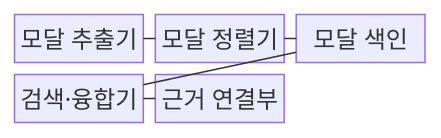
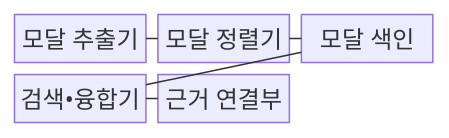
The first of 2 diagrams in src/content/docs/notes/08-latest-tech/092_multimodal_rag.md (agnusdei1207/knowledge-base), drawn with Mermaid before and after one commit. The commit also changed other lines of this file and 953 other files, not shown here.

````diff
--- a/src/content/docs/notes/08-latest-tech/092_multimodal_rag.md
+++ b/src/content/docs/notes/08-latest-tech/092_multimodal_rag.md
@@ -60,13 +60,13 @@
 ```mermaid
 block-beta
   columns 3
   extractor["모달 추출기"]
   aligner["모달 정렬기"]
   index["모달 색인"]
-  retriever["검색·융합기"]
+  retriever["검색•융합기"]
   citation["근거 연결부"]
   extractor --- aligner
   aligner --- index
   index --- retriever
   retriever --- citation
 ```
````
